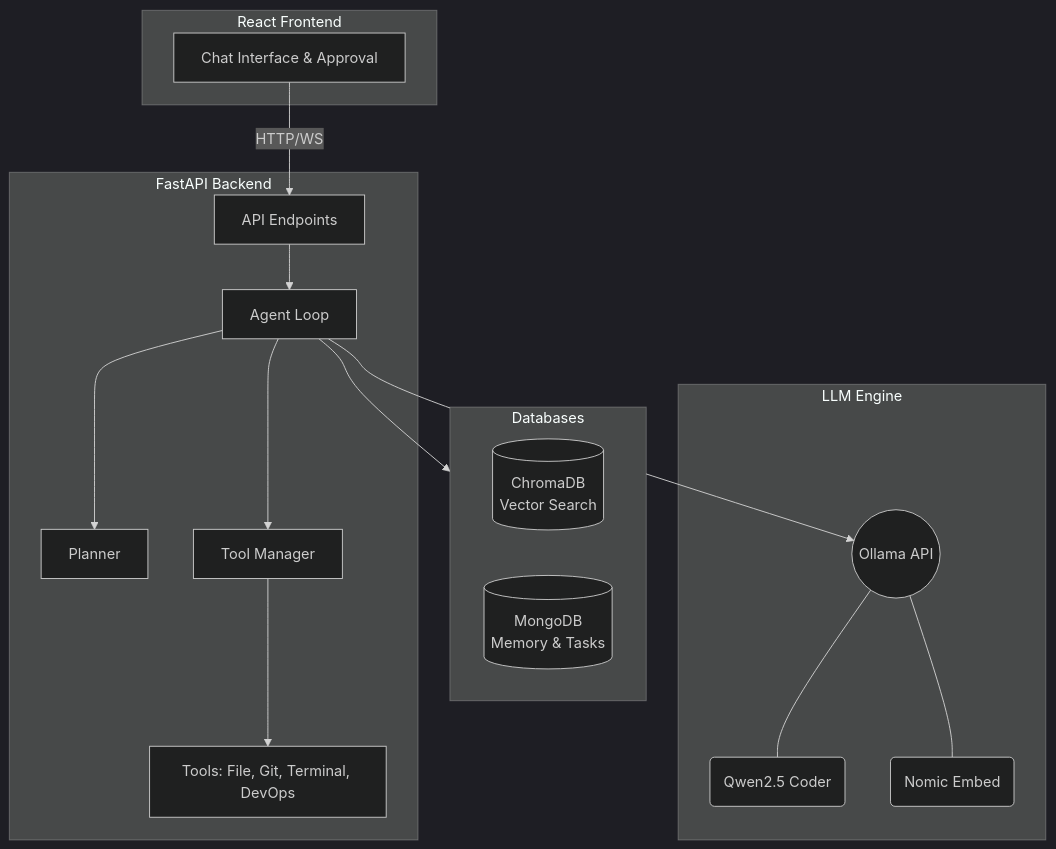
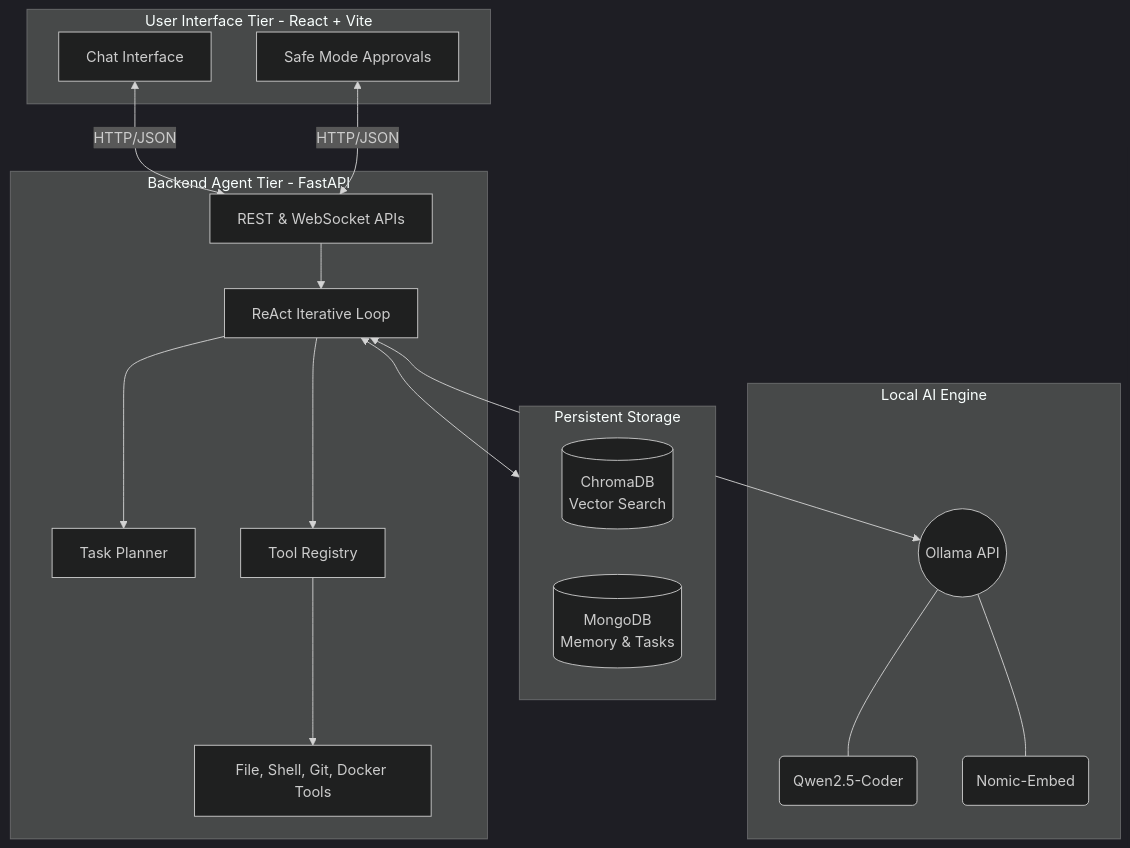
The first of 2 diagrams in README.md (manoj-chavan-13/LocalAgent), drawn with Mermaid (dark theme) before and after one commit. The commit also changed other lines of this file, not shown here.

Commit message:
docs: highly professional README update with detailed architecture

````diff
--- a/README.md
+++ b/README.md
@@ -18,35 +57,44 @@
 ```mermaid
 graph TD
-    subgraph Frontend [React Frontend]
-        UI[Chat Interface & Approval]
+    %% Frontend Tier
+    subgraph Frontend [User Interface Tier - React + Vite]
+        UI_Chat[Chat Interface]
+        UI_Approve[Safe Mode Approvals]
     end
 
-    subgraph Backend [FastAPI Backend]
-        API[API Endpoints]
-        AL[Agent Loop]
-        PL[Planner]
-        TM[Tool Manager]
-        TR[Tools: File, Git, Terminal, DevOps]
+    %% Backend Tier
+    subgraph Backend [Backend Agent Tier - FastAPI]
+        API[REST & WebSocket APIs]
+        AgentLoop[ReAct Iterative Loop]
+        Planner[Task Planner]
+        ToolReg[Tool Registry]
+        Tools[File, Shell, Git, Docker Tools]
     end
     
-    subgraph Storage [Databases]
+    %% Data Tier
+    subgraph Storage [Persistent Storage]
         Chroma[(ChromaDB\nVector Search)]
         Mongo[(MongoDB\nMemory & Tasks)]
     end
     
-    subgraph AI [LLM Engine]
+    %% AI Tier
+    subgraph AI [Local AI Engine]
         Ollama((Ollama API))
-        Model1(Qwen2.5 Coder)
-        Model2(Nomic Embed)
+        Qwen(Qwen2.5-Coder)
+        Nomic(Nomic-Embed)
     end
 
-    UI -->|HTTP/WS| API
-    API --> AL
-    AL --> PL
-    AL --> TM
-    TM --> TR
-    AL --> Ollama
-    AL --> Storage
-    Ollama --- Model1
-    Ollama --- Model2
+    UI_Chat <-->|HTTP/JSON| API
+    UI_Approve <-->|HTTP/JSON| API
+    
+    API --> AgentLoop
+    AgentLoop --> Planner
+    AgentLoop --> ToolReg
+    ToolReg --> Tools
+    
+    AgentLoop <--> Ollama
+    Ollama --- Qwen
+    Ollama --- Nomic
+    
+    AgentLoop <--> Storage
 ```
````
